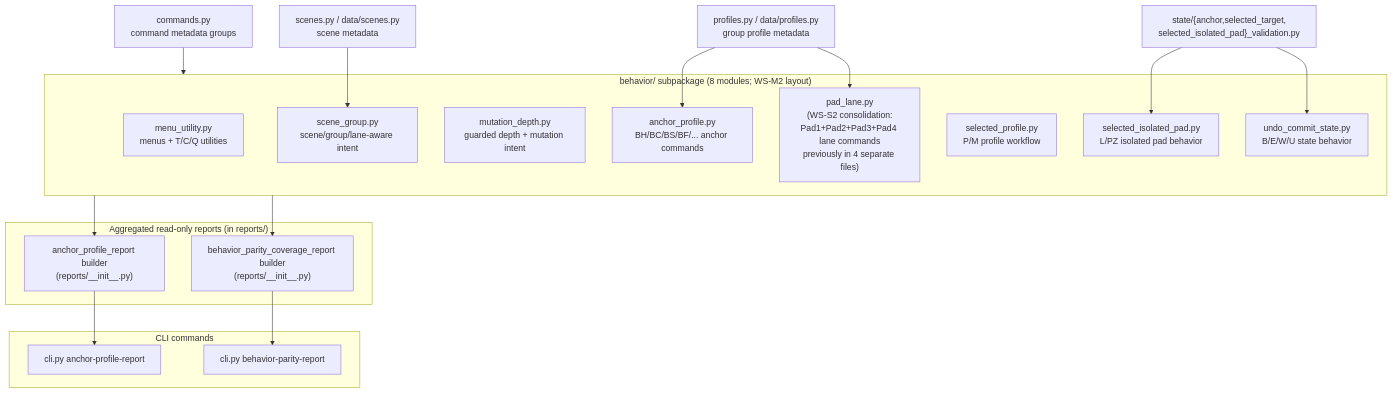
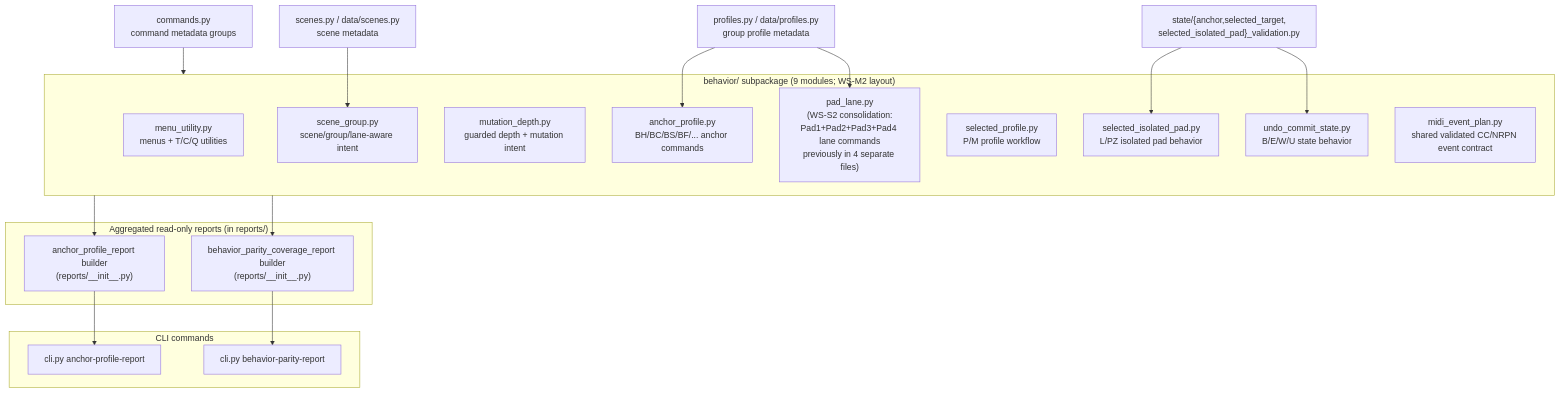
Before and after one commit to buzzijose-hub/RytmRandomizer: diagram 22 of 34 in docs/ARCHITECTURE_DIAGRAMS.md, drawn with Mermaid. The commit also changed other lines of this file and 157 other files, not shown here.

````diff
--- a/docs/ARCHITECTURE_DIAGRAMS.md
+++ b/docs/ARCHITECTURE_DIAGRAMS.md
@@ -1569,41 +1629,42 @@
 ```mermaid
 flowchart TB
     Commands["commands.py<br/>command metadata groups"]
     Scenes["scenes.py / data/scenes.py<br/>scene metadata"]
     Profiles["profiles.py / data/profiles.py<br/>group profile metadata"]
     StateValidation["state/{anchor,selected_target,<br/>selected_isolated_pad}_validation.py"]
 
-    subgraph BehaviorPkg["behavior/ subpackage (8 modules; WS-M2 layout)"]
+    subgraph BehaviorPkg["behavior/ subpackage (9 modules; WS-M2 layout)"]
         MenuUtility["menu_utility.py<br/>menus + T/C/Q utilities"]
         AnchorProfile["anchor_profile.py<br/>BH/BC/BS/BF/... anchor commands"]
         MutationDepth["mutation_depth.py<br/>guarded depth + mutation intent"]
         SceneGroup["scene_group.py<br/>scene/group/lane-aware intent"]
         PadLane["pad_lane.py<br/>(WS-S2 consolidation:<br/>Pad1+Pad2+Pad3+Pad4 lane commands<br/>previously in 4 separate files)"]
         SelectedProfile["selected_profile.py<br/>P/M profile workflow"]
         SelectedIsolated["selected_isolated_pad.py<br/>L/PZ isolated pad behavior"]
         UndoCommit["undo_commit_state.py<br/>B/E/W/U state behavior"]
+        MidiEventPlan["midi_event_plan.py<br/>shared validated CC/NRPN event contract"]
     end
 
     subgraph BehaviorReports["Aggregated read-only reports (in reports/)"]
         AnchorReport["anchor_profile_report builder<br/>(reports/__init__.py)"]
         CoverageReport["behavior_parity_coverage_report builder<br/>(reports/__init__.py)"]
     end
 
     subgraph CLIAccess["CLI commands"]
         CLIAnchor["cli.py anchor-profile-report"]
         CLICoverage["cli.py behavior-parity-report"]
     end
 
     Commands --> BehaviorPkg
     Scenes --> SceneGroup
     Profiles --> AnchorProfile
     Profiles --> PadLane
     StateValidation --> SelectedIsolated
     StateValidation --> UndoCommit
 
     BehaviorPkg --> AnchorReport
     BehaviorPkg --> CoverageReport
 
     AnchorReport --> CLIAnchor
     CoverageReport --> CLICoverage
 ```
````
